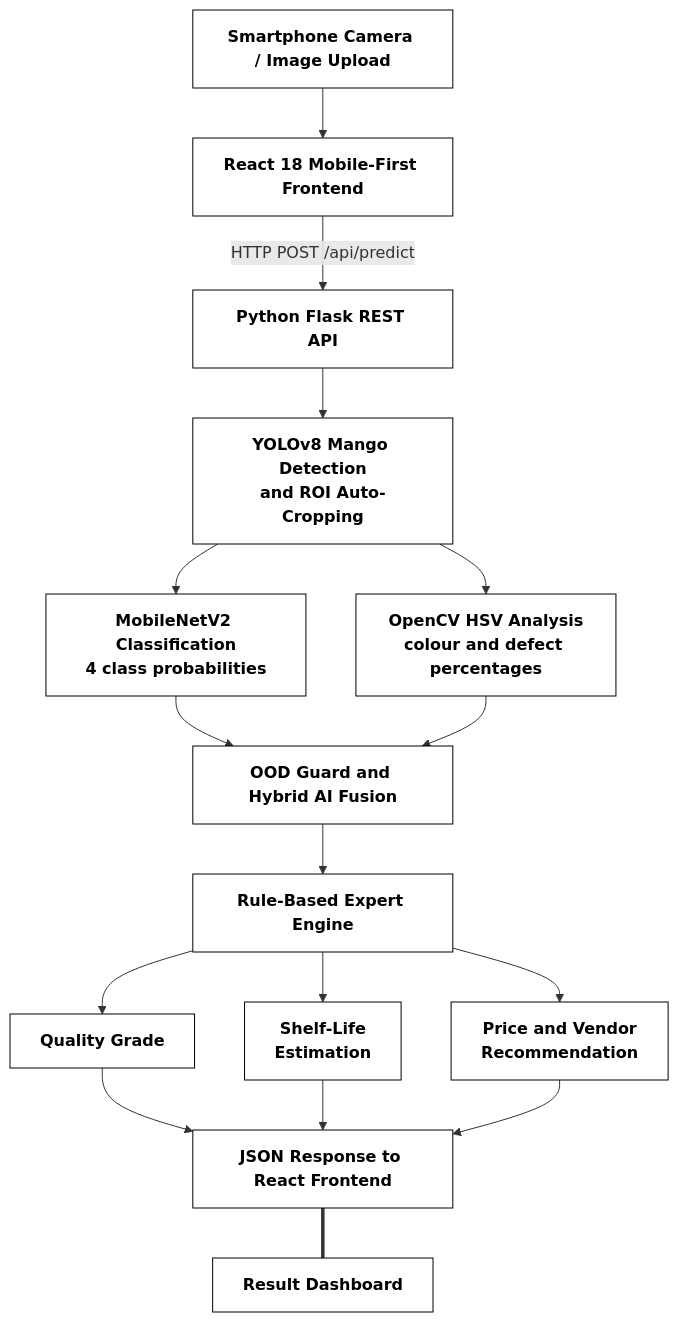
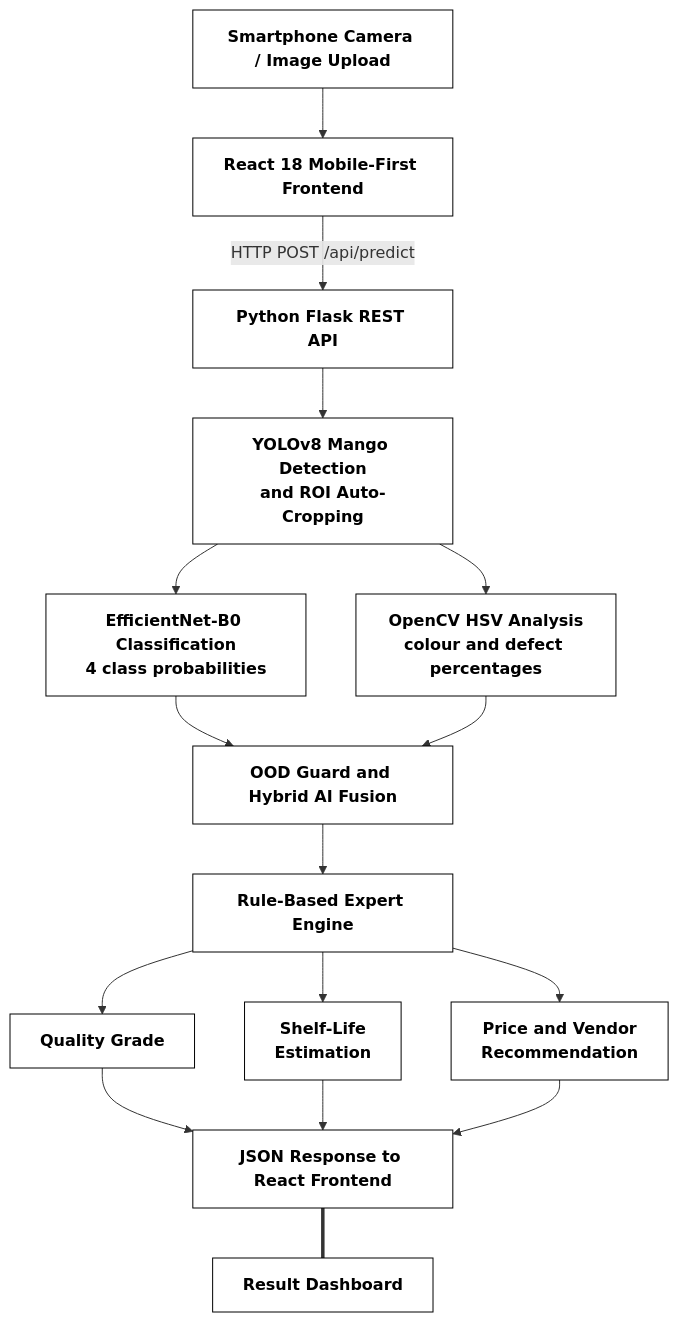
The diagram in README.md (Kavindu379/Mango-AI-Quality-System), drawn with Mermaid before and after one commit. The commit also changed other lines of this file and 2 other files, not shown here.

Commit message:
Migrate model architecture from MobileNetV2 to EfficientNet-B0 and update model weights and dataset files

````diff
--- a/README.md
+++ b/README.md
@@ -26,28 +26,28 @@
 ```mermaid
 flowchart TD
     A[Smartphone Camera / Image Upload] --> B[React 18 Mobile-First Frontend]
     
     B -- HTTP POST /api/predict --> C[Python Flask REST API]
     
     C --> D[YOLOv8 Mango Detection<br/>and ROI Auto-Cropping]
     
-    D --> E[MobileNetV2 Classification<br/>4 class probabilities]
+    D --> E[EfficientNet-B0 Classification<br/>4 class probabilities]
     D --> F[OpenCV HSV Analysis<br/>colour and defect percentages]
     
     E --> G[OOD Guard and Hybrid AI Fusion]
     F --> G
     
     G --> H[Rule-Based Expert Engine]
     
     H --> I[Quality Grade]
     H --> J[Shelf-Life<br/>Estimation]
     H --> K[Price and Vendor<br/>Recommendation]
     
     I --> L[JSON Response to React Frontend]
     J --> L
     K --> L
     
     L === M[Result Dashboard]
     
     classDef default fill:#ffffff,stroke:#000000,stroke-width:1px,color:#000000,font-weight:600;
 ```
````
